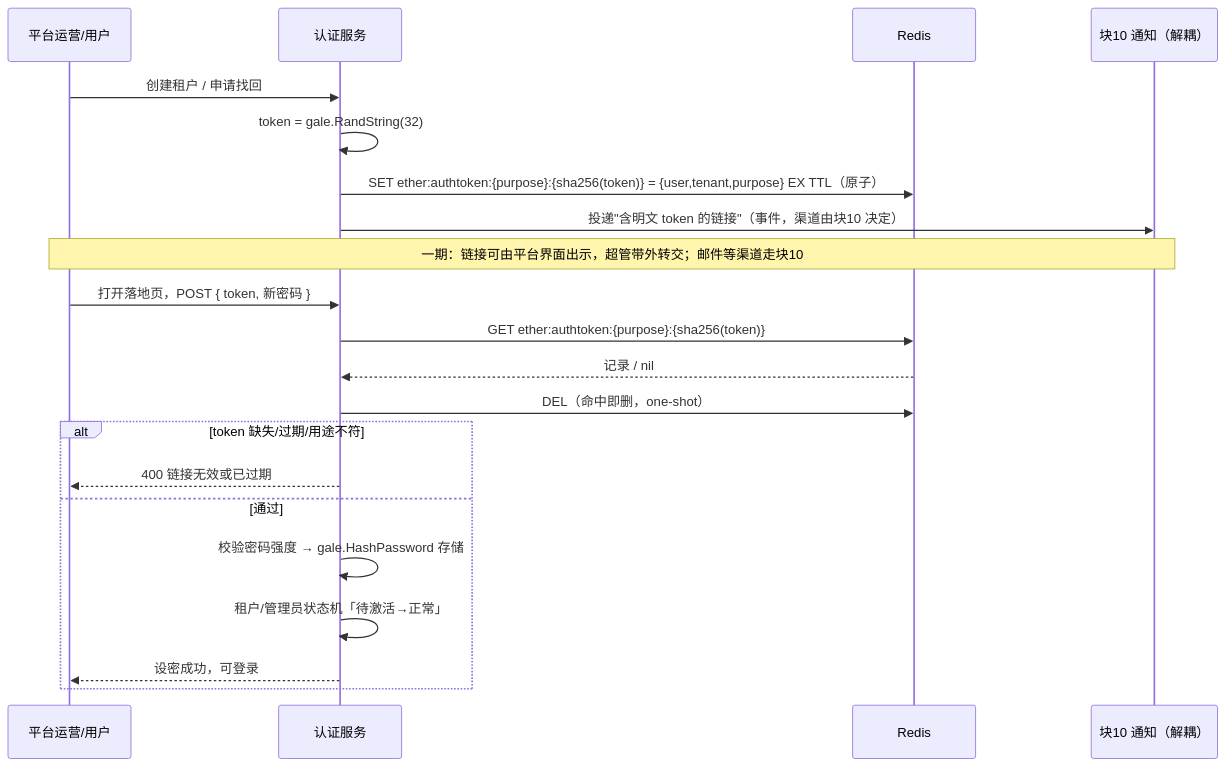
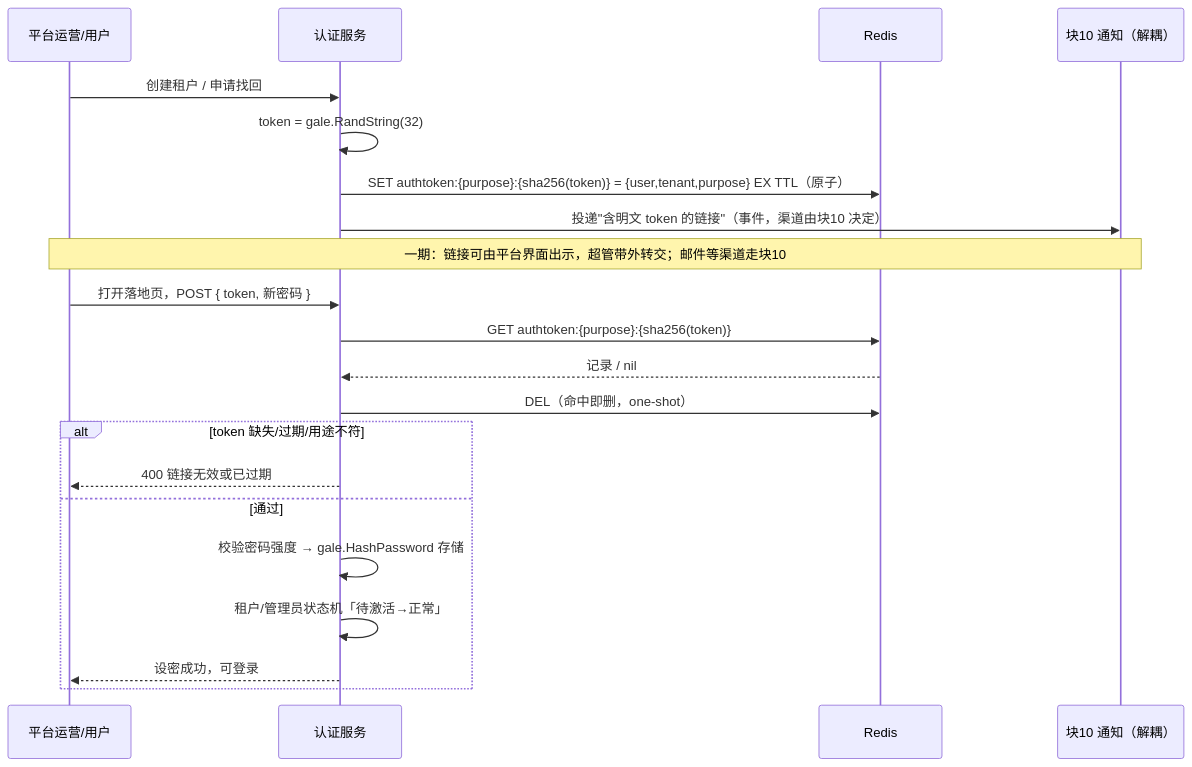
Before and after one commit to yufenggo/ether-docs: the third of 4 diagrams in changes/2026-06-platform-foundation/auth-design.md, drawn with Mermaid. The commit also changed other lines of this file, not shown here.

First line of the commit message:
docs(changes): 去除 Redis key 的项目名前缀 ether:（落实'标识禁用项目名'约束）

````diff
--- a/changes/2026-06-platform-foundation/auth-design.md
+++ b/changes/2026-06-platform-foundation/auth-design.md
@@ -304,23 +304,23 @@
 ```mermaid
 sequenceDiagram
   participant OPS as 平台运营/用户
   participant API as 认证服务
   participant R as Redis
   participant N as 块10 通知（解耦）
   OPS->>API: 创建租户 / 申请找回
   API->>API: token = gale.RandString(32)
-  API->>R: SET ether:authtoken:{purpose}:{sha256(token)} = {user,tenant,purpose} EX TTL（原子）
+  API->>R: SET authtoken:{purpose}:{sha256(token)} = {user,tenant,purpose} EX TTL（原子）
   API->>N: 投递"含明文 token 的链接"（事件，渠道由块10 决定）
   Note over OPS,N: 一期：链接可由平台界面出示，超管带外转交；邮件等渠道走块10
   OPS->>API: 打开落地页，POST { token, 新密码 }
-  API->>R: GET ether:authtoken:{purpose}:{sha256(token)}
+  API->>R: GET authtoken:{purpose}:{sha256(token)}
   R-->>API: 记录 / nil
   API->>R: DEL（命中即删，one-shot）
   alt token 缺失/过期/用途不符
     API-->>OPS: 400 链接无效或已过期
   else 通过
     API->>API: 校验密码强度 → gale.HashPassword 存储
     API->>API: 租户/管理员状态机「待激活→正常」
     API-->>OPS: 设密成功，可登录
   end
 ```
````
